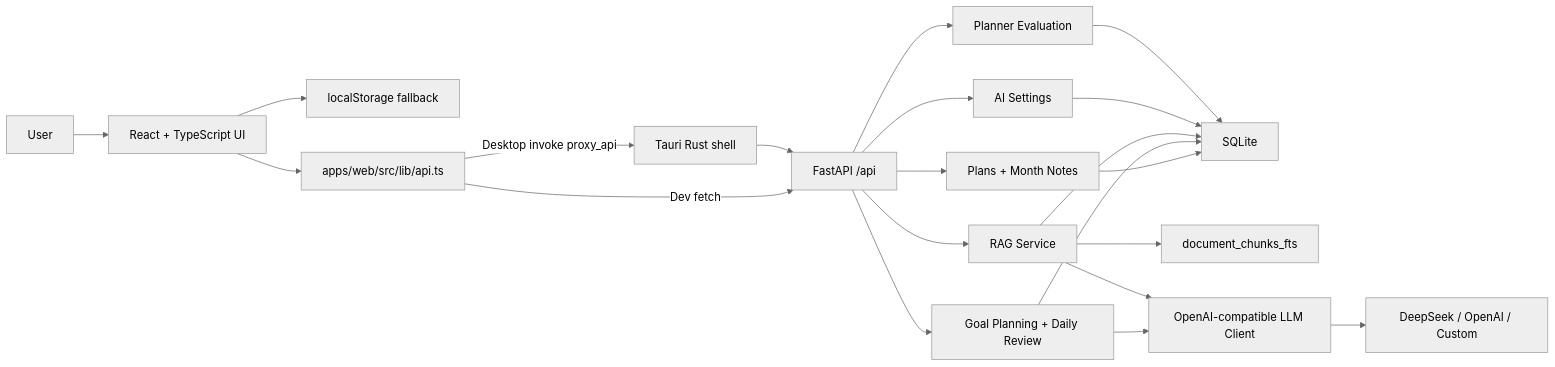
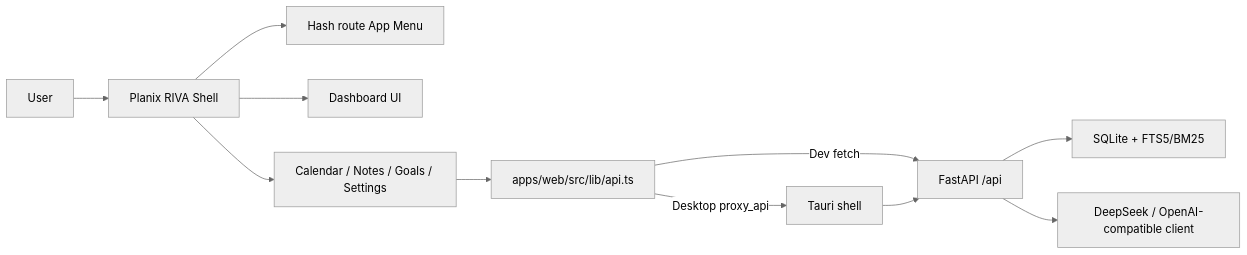
Before and after one commit to ab2956955606-cmyk/Planix: the diagram in README.md, drawn with Mermaid (neutral theme). The commit also changed other lines of this file and 26 other files, not shown here.

````diff
--- a/README.md
+++ b/README.md
@@ -69,27 +56,13 @@
 ```mermaid
 flowchart LR
-  U["User"] --> UI["React + TypeScript UI"]
-  UI --> LOCAL["localStorage fallback"]
-  UI --> API_CLIENT["apps/web/src/lib/api.ts"]
-
+  U["User"] --> SHELL["Planix RIVA Shell"]
+  SHELL --> MENU["Hash route App Menu"]
+  SHELL --> DASH["Dashboard UI"]
+  SHELL --> LEGACY["Calendar / Notes / Goals / Settings"]
+  LEGACY --> API_CLIENT["apps/web/src/lib/api.ts"]
   API_CLIENT -->|Dev fetch| FASTAPI["FastAPI /api"]
-  API_CLIENT -->|Desktop invoke proxy_api| TAURI["Tauri Rust shell"]
+  API_CLIENT -->|Desktop proxy_api| TAURI["Tauri shell"]
   TAURI --> FASTAPI
-
-  FASTAPI --> PLANS["Plans + Month Notes"]
-  FASTAPI --> LOOP["Goal Planning + Daily Review"]
-  FASTAPI --> RAG["RAG Service"]
-  FASTAPI --> SETTINGS["AI Settings"]
-  FASTAPI --> EVAL["Planner Evaluation"]
-
-  PLANS --> DB["SQLite"]
-  LOOP --> DB
-  RAG --> DB
-  SETTINGS --> DB
-  EVAL --> DB
-
-  RAG --> FTS["document_chunks_fts"]
-  LOOP --> LLM["OpenAI-compatible LLM Client"]
-  RAG --> LLM
-  LLM --> PROVIDER["DeepSeek / OpenAI / Custom"]
+  FASTAPI --> SQLITE["SQLite + FTS5/BM25"]
+  FASTAPI --> LLM["DeepSeek / OpenAI-compatible client"]
 ```
````
